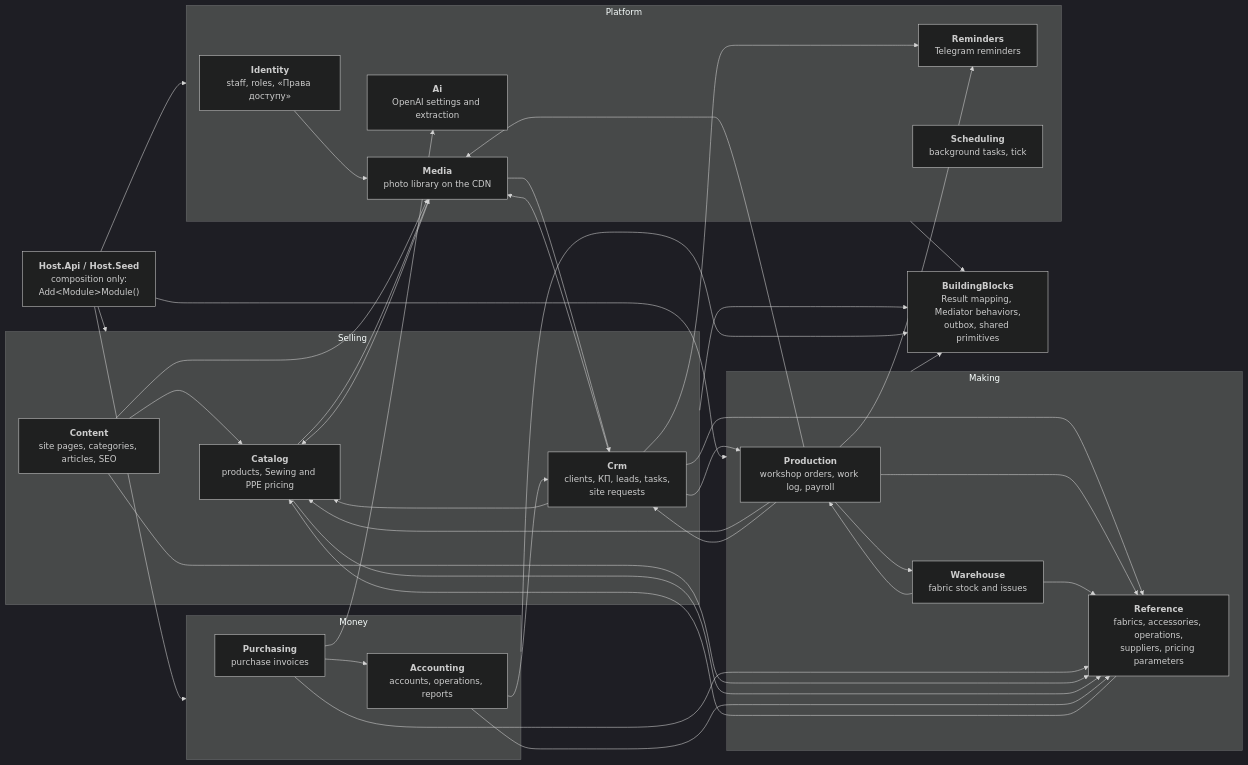
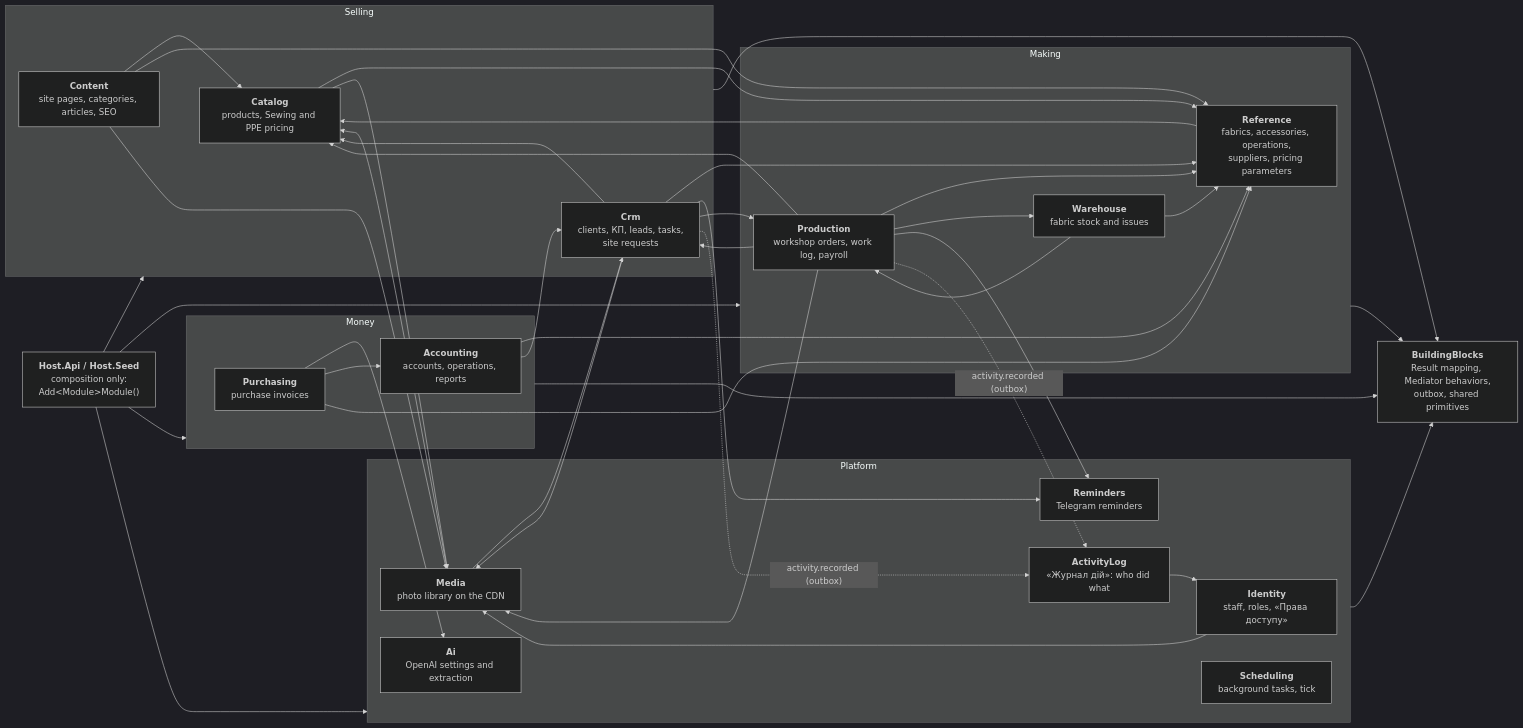
Before and after one commit to Weretik/BreviERP: the third of 4 diagrams in docs/sdd/architecture/c4/README.md, drawn with Mermaid (dark theme). The commit also changed other lines of this file and 167 other files, not shown here.

First line of the commit message:
Add the staff activity log module and wire Crm and Production (ACT-001) (#184)

````diff
--- a/docs/sdd/architecture/c4/README.md
+++ b/docs/sdd/architecture/c4/README.md
@@ -81,44 +81,47 @@
 ```mermaid
 flowchart LR
     host["<b>Host.Api / Host.Seed</b><br/>composition only:<br/>Add&lt;Module&gt;Module()"]
 
     subgraph sales["Selling"]
         catalog["<b>Catalog</b><br/>products, Sewing and PPE pricing"]
         crm["<b>Crm</b><br/>clients, КП, leads, tasks,<br/>site requests"]
         content["<b>Content</b><br/>site pages, categories, articles, SEO"]
     end
 
     subgraph make["Making"]
         production["<b>Production</b><br/>workshop orders, work log, payroll"]
         warehouse["<b>Warehouse</b><br/>fabric stock and issues"]
         reference["<b>Reference</b><br/>fabrics, accessories, operations,<br/>suppliers, pricing parameters"]
     end
 
     subgraph money["Money"]
         accounting["<b>Accounting</b><br/>accounts, operations, reports"]
         purchasing["<b>Purchasing</b><br/>purchase invoices"]
     end
 
     subgraph platform["Platform"]
         identity["<b>Identity</b><br/>staff, roles, «Права доступу»"]
         media["<b>Media</b><br/>photo library on the CDN"]
         ai["<b>Ai</b><br/>OpenAI settings and extraction"]
         reminders["<b>Reminders</b><br/>Telegram reminders"]
         scheduling["<b>Scheduling</b><br/>background tasks, tick"]
+        activitylog["<b>ActivityLog</b><br/>«Журнал дій»: who did what"]
     end
 
     bb["<b>BuildingBlocks</b><br/>Result mapping, Mediator behaviors,<br/>outbox, shared primitives"]
 
     host --> sales & make & money & platform
     crm --> catalog & reference & media & reminders & production
     production --> catalog & reference & media & warehouse & reminders & crm
     warehouse --> production & reference
     purchasing --> ai & accounting & reference
     content --> catalog & reference & media
     catalog --> reference & media
     accounting --> reference & crm
     reference --> catalog
     media --> catalog & crm
     identity --> media
+    activitylog --> identity
+    crm & production -. "activity.recorded (outbox)" .-> activitylog
     sales & make & money & platform --> bb
 ```
````
